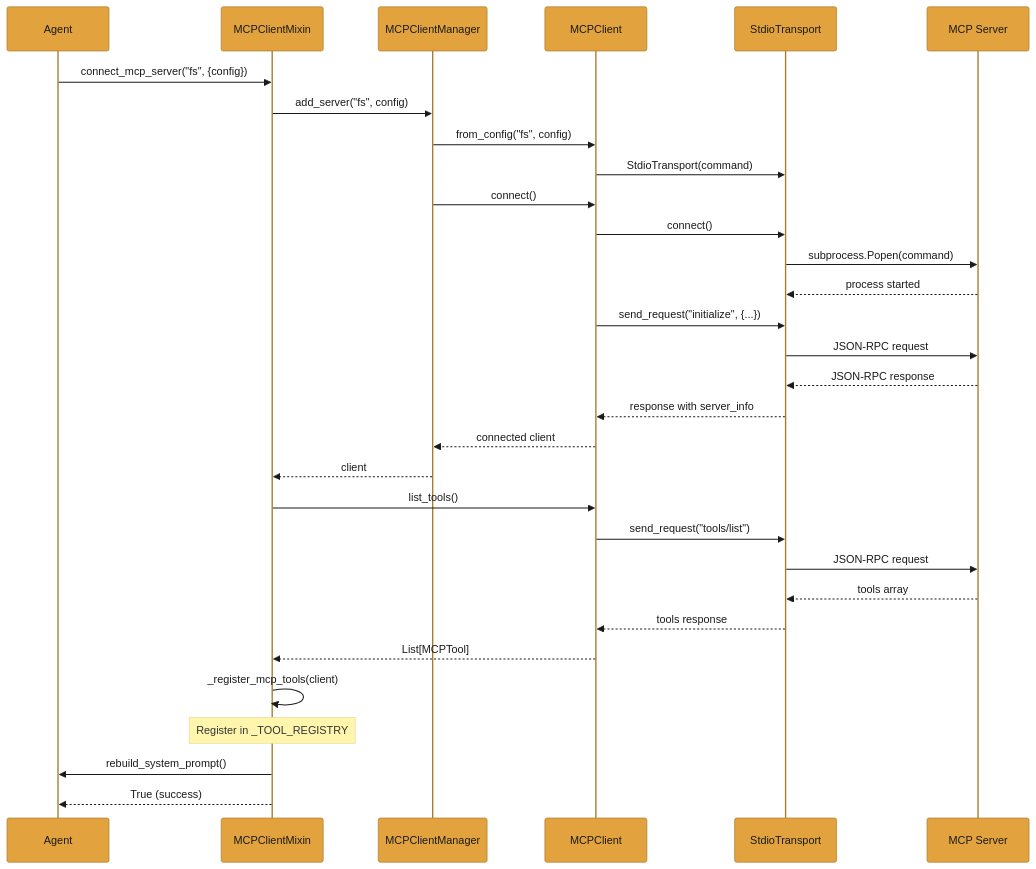
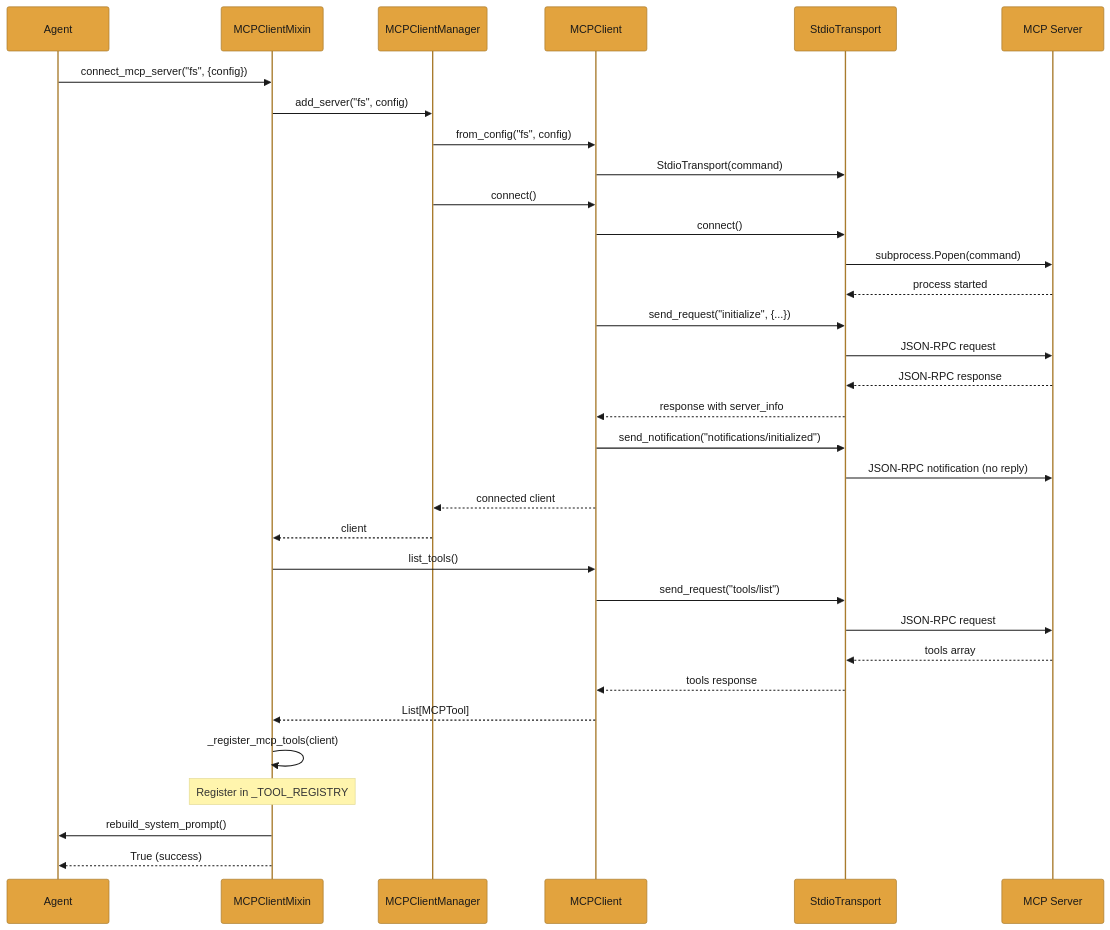
Before and after one commit to amd/gaia: the second of 2 diagrams in docs/spec/mcp-client.mdx, drawn with Mermaid. The commit also changed other lines of this file and 11 other files, not shown here.

First line of the commit message:
fix(mcp): send a real protocolVersion and notifications/initialized

````diff
--- a/docs/spec/mcp-client.mdx
+++ b/docs/spec/mcp-client.mdx
@@ -1224,35 +1252,37 @@
 ```mermaid
 %%{init: {'theme':'base', 'themeVariables': { 'primaryColor':'#E2A33E', 'primaryTextColor':'#1a1a1a', 'primaryBorderColor':'#A87B2D', 'lineColor':'#EFC480', 'secondaryColor':'#2d2d2d', 'tertiaryColor':'#f5f5f5', 'fontSize':'16px', 'fontFamily': 'system-ui, -apple-system, sans-serif'}}}%%
 sequenceDiagram
     participant Agent
     participant Mixin as MCPClientMixin
     participant Manager as MCPClientManager
     participant Client as MCPClient
     participant Transport as StdioTransport
     participant Server as MCP Server
 
     Agent->>Mixin: connect_mcp_server("fs", {config})
     Mixin->>Manager: add_server("fs", config)
     Manager->>Client: from_config("fs", config)
     Client->>Transport: StdioTransport(command)
     Manager->>Client: connect()
     Client->>Transport: connect()
     Transport->>Server: subprocess.Popen(command)
     Server-->>Transport: process started
     Client->>Transport: send_request("initialize", {...})
     Transport->>Server: JSON-RPC request
     Server-->>Transport: JSON-RPC response
     Transport-->>Client: response with server_info
+    Client->>Transport: send_notification("notifications/initialized")
+    Transport->>Server: JSON-RPC notification (no reply)
     Client-->>Manager: connected client
     Manager-->>Mixin: client
     Mixin->>Client: list_tools()
     Client->>Transport: send_request("tools/list")
     Transport->>Server: JSON-RPC request
     Server-->>Transport: tools array
     Transport-->>Client: tools response
     Client-->>Mixin: List[MCPTool]
     Mixin->>Mixin: _register_mcp_tools(client)
     Note over Mixin: Register in _TOOL_REGISTRY
     Mixin->>Agent: rebuild_system_prompt()
     Mixin-->>Agent: True (success)
 ```
````
